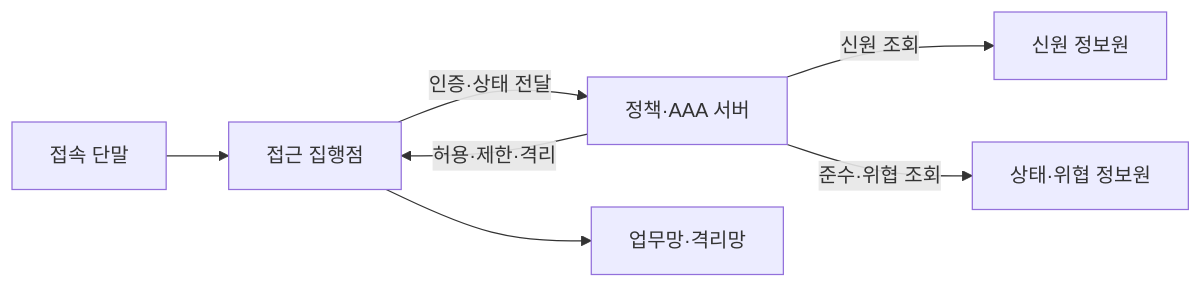
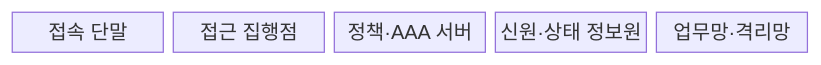
The first of 2 diagrams in src/content/docs/notes/04-network/114_network_access_control.md (agnusdei1207/knowledge-base), drawn with Mermaid before and after one commit. The commit also changed other lines of this file and 9 other files, not shown here.

````diff
--- a/src/content/docs/notes/04-network/114_network_access_control.md
+++ b/src/content/docs/notes/04-network/114_network_access_control.md
@@ -54,9 +55,9 @@
 ```mermaid
-flowchart LR
-  E["접속 단말"] --> P["접근 집행점"]
-  P -->|"인증·상태 전달"| S["정책·AAA 서버"]
-  S -->|"신원 조회"| I["신원 정보원"]
-  S -->|"준수·위협 조회"| H["상태·위협 정보원"]
-  S -->|"허용·제한·격리"| P
-  P --> N["업무망·격리망"]
+block-beta
+  columns 5
+  A["접속 단말"]
+  B["접근 집행점"]
+  C["정책·AAA 서버"]
+  D["신원·상태 정보원"]
+  E["업무망·격리망"]
 ```
````
